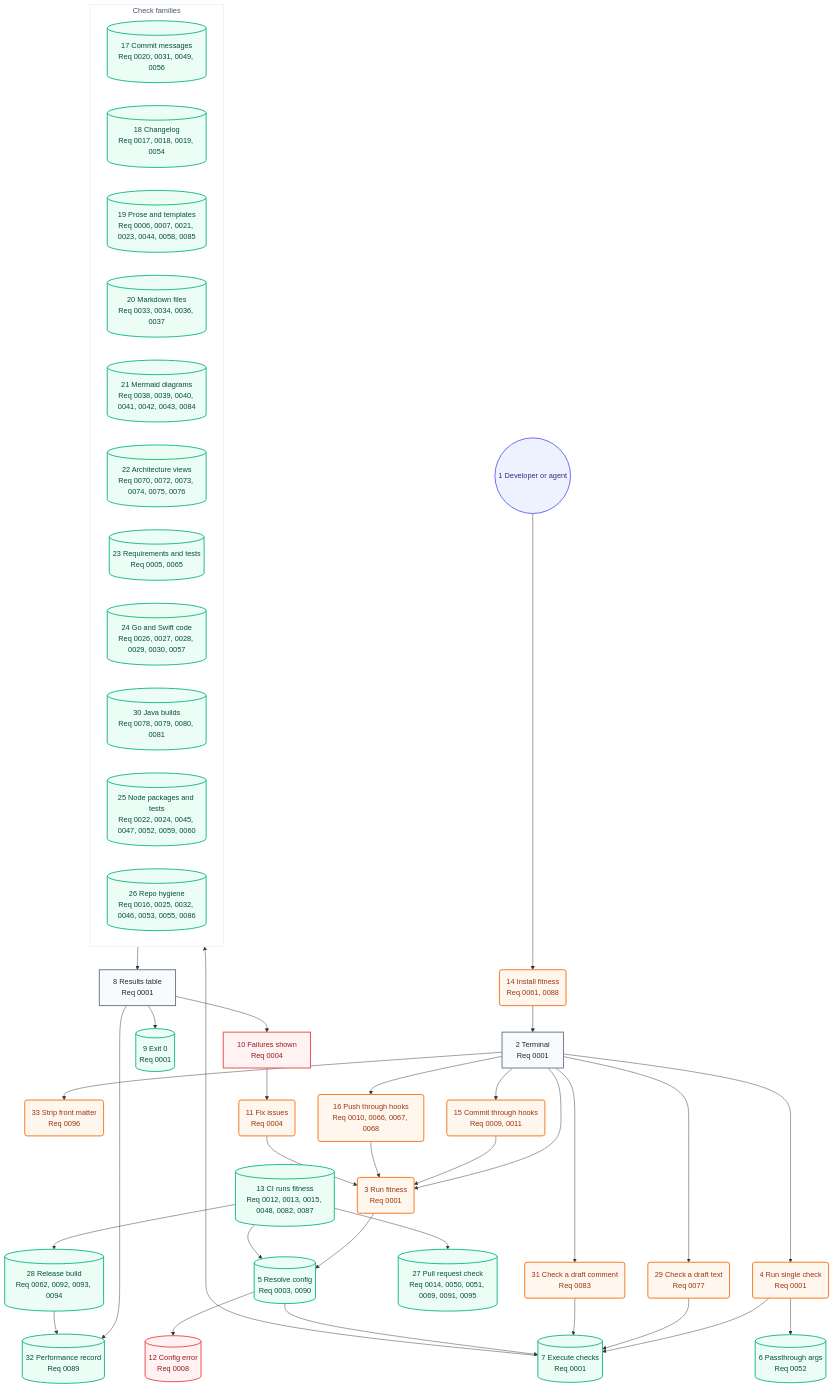
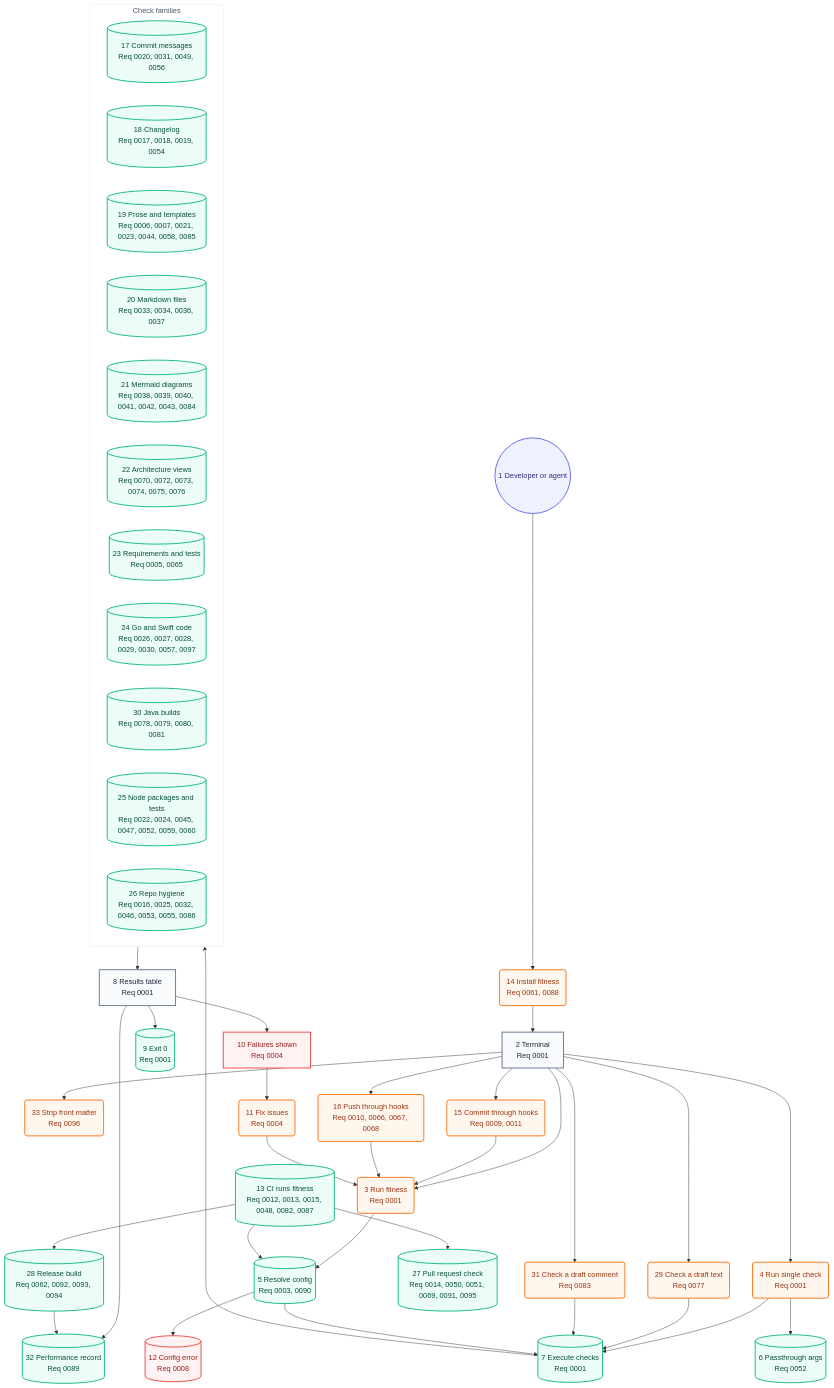
One commit to may-journal/fitness-runner changed the second of 2 diagrams in docs/architecture/05-user-journey.md. Above: the diagram before and after it, drawn with Mermaid. The commit also changed 15 other files, not shown here.

````diff
--- a/docs/architecture/05-user-journey.md
+++ b/docs/architecture/05-user-journey.md
@@ -40,78 +40,78 @@
 ```mermaid
 flowchart TB
     dev((1 Developer or agent)):::persona
     install(14 Install fitness<br/>Req 0061, 0088):::action
     terminal[2 Terminal<br/>Req 0001]:::screen
     runFull(3 Run fitness<br/>Req 0001):::action
     runSingle(4 Run single check<br/>Req 0001):::action
     runBlob(29 Check a draft text<br/>Req 0077):::action
     runComment(31 Check a draft comment<br/>Req 0083):::action
     stripFront(33 Strip front matter<br/>Req 0096):::action
     commitHook(15 Commit through hooks<br/>Req 0009, 0011):::action
     pushHook(16 Push through hooks<br/>Req 0010, 0066, 0067, 0068):::action
     resolveConfig[(5 Resolve config<br/>Req 0003, 0090)]:::system
     passArgs[(6 Passthrough args<br/>Req 0052)]:::system
     executeChecks[(7 Execute checks<br/>Req 0001)]:::system
 
     subgraph checks["Check families"]
         commitChecks[(17 Commit messages<br/>Req 0020, 0031, 0049, 0056)]:::system
         changelogChecks[(18 Changelog<br/>Req 0017, 0018, 0019, 0054)]:::system
         proseChecks[(19 Prose and templates<br/>Req 0006, 0007, 0021, 0023, 0044, 0058, 0085)]:::system
         markdownChecks[(20 Markdown files<br/>Req 0033, 0034, 0036, 0037)]:::system
         mermaidChecks[(21 Mermaid diagrams<br/>Req 0038, 0039, 0040, 0041, 0042, 0043, 0084)]:::system
         architectureChecks[(22 Architecture views<br/>Req 0070, 0072, 0073, 0074, 0075, 0076)]:::system
         requirementChecks[(23 Requirements and tests<br/>Req 0005, 0065)]:::system
-        goSwiftChecks[(24 Go and Swift code<br/>Req 0026, 0027, 0028, 0029, 0030, 0057)]:::system
+        goSwiftChecks[(24 Go and Swift code<br/>Req 0026, 0027, 0028, 0029, 0030, 0057, 0097)]:::system
         javaChecks[(30 Java builds<br/>Req 0078, 0079, 0080, 0081)]:::system
         nodeChecks[(25 Node packages and tests<br/>Req 0022, 0024, 0045, 0047, 0052, 0059, 0060)]:::system
         repoChecks[(26 Repo hygiene<br/>Req 0016, 0025, 0032, 0046, 0053, 0055, 0086)]:::system
     end
 
     resultsTable[8 Results table<br/>Req 0001]:::screen
     exitZero[(9 Exit 0<br/>Req 0001)]:::system
     failuresShown[10 Failures shown<br/>Req 0004]:::blocked
     fixIssues(11 Fix issues<br/>Req 0004):::action
     configError[(12 Config error<br/>Req 0008)]:::blocked
     ciRun[(13 CI runs fitness<br/>Req 0012, 0013, 0015, 0048, 0082, 0087)]:::system
     prCheck[(27 Pull request check<br/>Req 0014, 0050, 0051, 0069, 0091, 0095)]:::system
     release[(28 Release build<br/>Req 0062, 0092, 0093, 0094)]:::system
     perfRecord[(32 Performance record<br/>Req 0089)]:::system
 
     dev --> install
     install --> terminal
     terminal --> runFull
     terminal --> runSingle
     terminal --> commitHook
     terminal --> pushHook
     terminal --> runBlob
     terminal --> runComment
     terminal --> stripFront
     commitHook --> runFull
     pushHook --> runFull
     runFull --> resolveConfig
     runSingle --> executeChecks
     runSingle --> passArgs
     runBlob --> executeChecks
     runComment --> executeChecks
     resolveConfig --> executeChecks
     resolveConfig --> configError
     executeChecks --> checks
     checks --> resultsTable
     resultsTable --> exitZero
     resultsTable --> failuresShown
     failuresShown --> fixIssues
     fixIssues --> runFull
     ciRun --> resolveConfig
     ciRun --> prCheck
     ciRun --> release
     resultsTable --> perfRecord
     release --> perfRecord
 
     classDef persona fill:#eef2ff,stroke:#6366f1,color:#312e81,stroke-width:2px
     classDef screen fill:#f8fafc,stroke:#64748b,color:#1e293b,stroke-width:2px
     classDef action fill:#fff7ed,stroke:#f97316,color:#9a3412,stroke-width:2px
     classDef system fill:#ecfdf5,stroke:#10b981,color:#064e3b,stroke-width:2px
     classDef blocked fill:#fef2f2,stroke:#ef4444,color:#991b1b,stroke-width:2px
 
     style checks fill:#ffffff,stroke:#e2e8f0,color:#475569,stroke-width:1px
 ```
````
